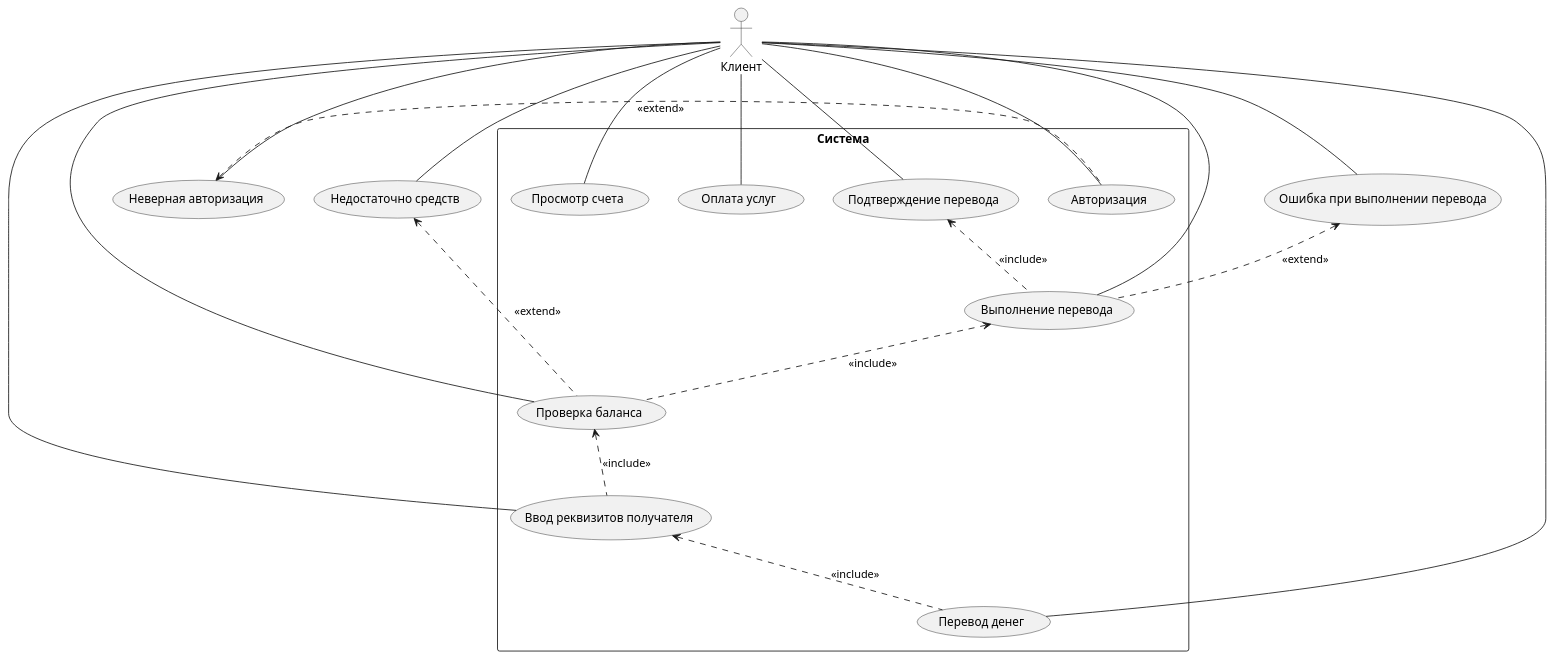
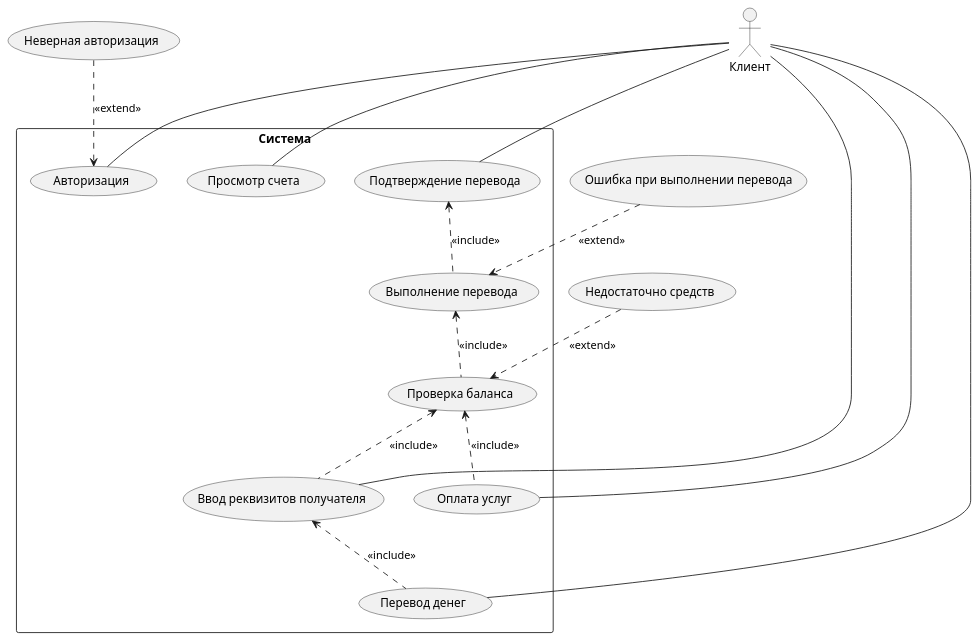
The diagram in 55.puml (alemish04/uml_opr_bas), drawn with PlantUML before and after one commit. The commit also changed 2 other files, not shown here.

```diff
--- a/55.puml
+++ b/55.puml
@@ -1,42 +1,44 @@
 @startuml
 actor Клиент
 
 rectangle Система {
   usecase "Авторизация" as UC1
   usecase "Просмотр счета" as UC2
   usecase "Перевод денег" as UC3
   usecase "Оплата услуг" as UC4
   usecase "Ввод реквизитов получателя" as UC5
   usecase "Проверка баланса" as UC6
   usecase "Выполнение перевода" as UC7
   usecase "Подтверждение перевода" as UC8
 }
 
 Клиент -- UC1
 Клиент -- UC2
 Клиент -- UC3
 Клиент -- UC4
 Клиент -- UC5
-Клиент -- UC6
-Клиент -- UC7
+' Клиент -- UC6
+' Клиент -- UC7
 Клиент -- UC8
 
 UC3 .u.> UC5 : <<include>>
 UC5 .u.> UC6 : <<include>>
 UC6 .u.> UC7 : <<include>>
 UC7 .u.> UC8 : <<include>>
 
+UC4 .u.> UC6 : <<include>>
+
 ' Альтернативные потоки
 usecase "Неверная авторизация" as UC9
 usecase "Недостаточно средств" as UC10
 usecase "Ошибка при выполнении перевода" as UC11
 
-Клиент -- UC9
-Клиент -- UC10
-Клиент -- UC11
+' Клиент -- UC9
+' Клиент -- UC10
+' Клиент -- UC11
 
-UC1 .u.> UC9 : <<extend>>
-UC6 .u.> UC10 : <<extend>>
-UC7 .u.> UC11 : <<extend>>
+UC1 <.u. UC9 : <<extend>>
+UC6 <.u. UC10 : <<extend>>
+UC7 <.u. UC11 : <<extend>>
 
 @enduml
```
